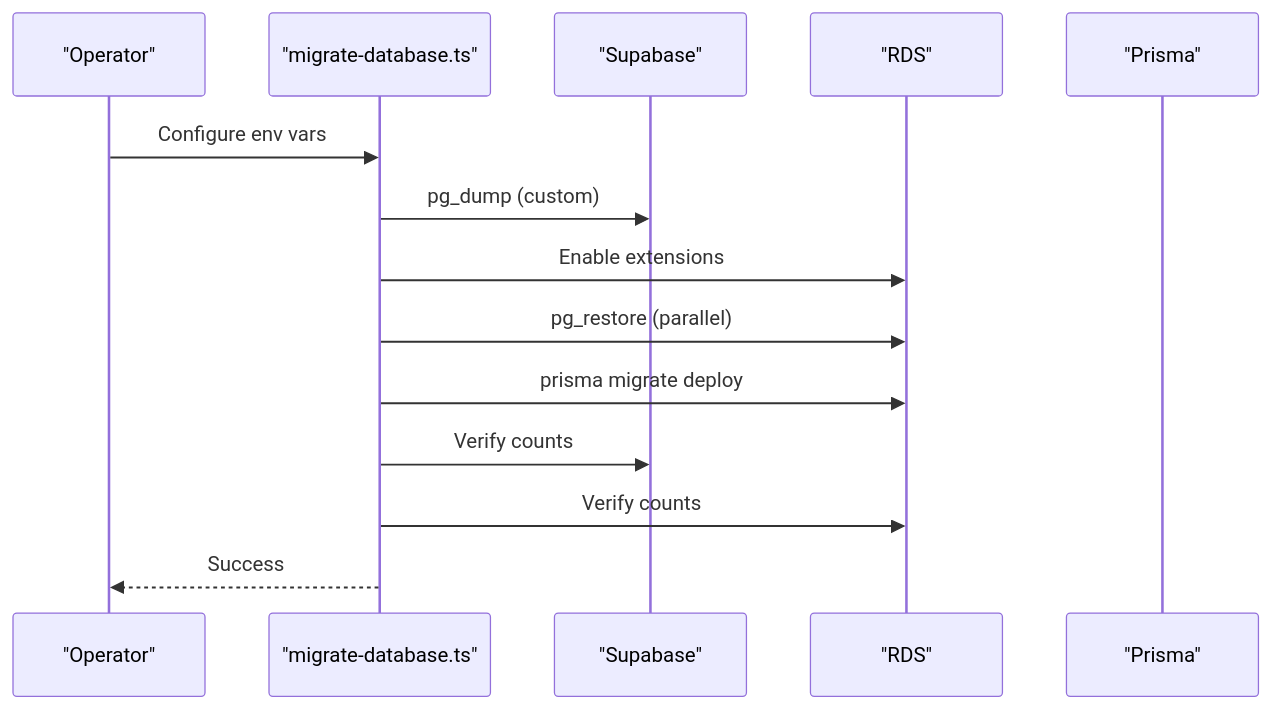
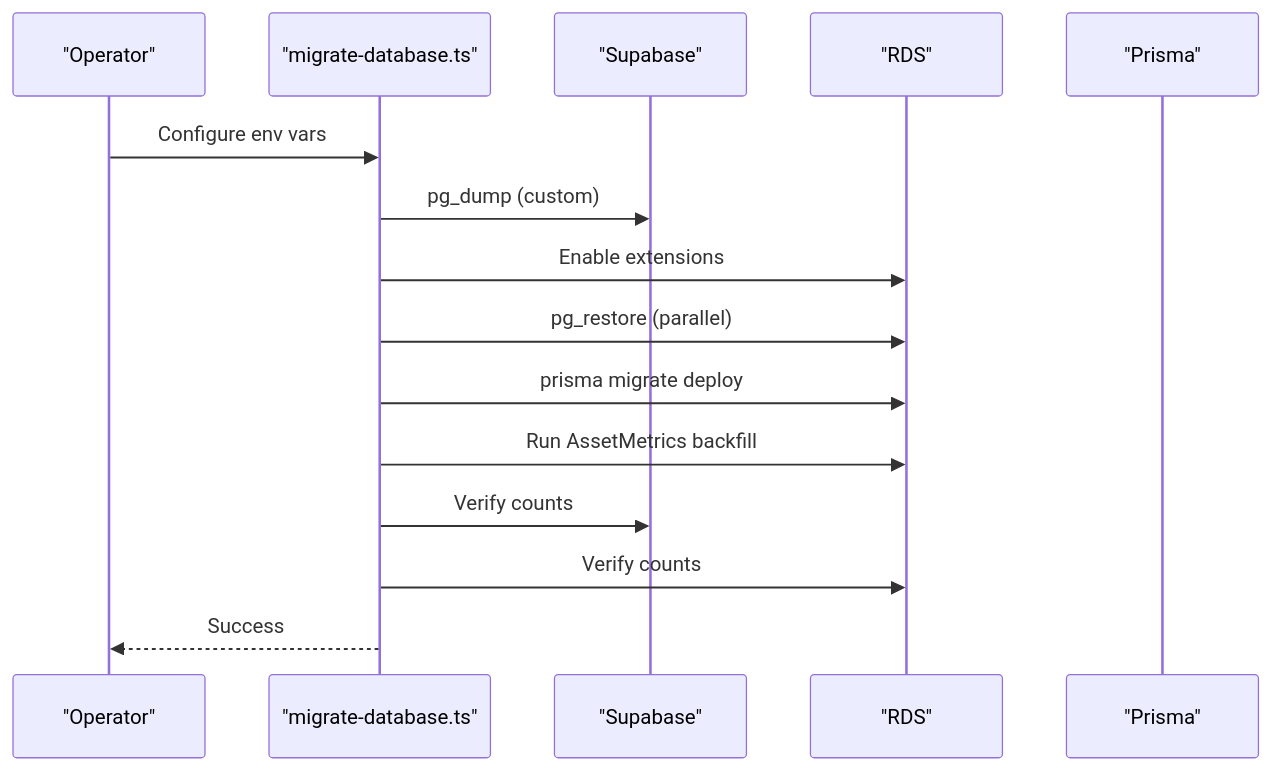
The sixth of 9 diagrams in .qoder/repowiki/en/content/Architecture & Design/Database Design.md (ecryptoguru/lyraalpha), drawn with Mermaid before and after one commit. The commit also changed other lines of this file and 95 other files, not shown here.

````diff
--- a/.qoder/repowiki/en/content/Architecture & Design/Database Design.md
+++ b/.qoder/repowiki/en/content/Architecture & Design/Database Design.md
@@ -524,16 +643,17 @@
 ```mermaid
 sequenceDiagram
 participant Ops as "Operator"
 participant Script as "migrate-database.ts"
 participant Supa as "Supabase"
 participant RDS as "RDS"
 participant Prisma as "Prisma"
 Ops->>Script : Configure env vars
 Script->>Supa : pg_dump (custom)
 Script->>RDS : Enable extensions
 Script->>RDS : pg_restore (parallel)
 Script->>RDS : prisma migrate deploy
+Script->>RDS : Run AssetMetrics backfill
 Script->>Supa : Verify counts
 Script->>RDS : Verify counts
 Script-->>Ops : Success
 ```
````
